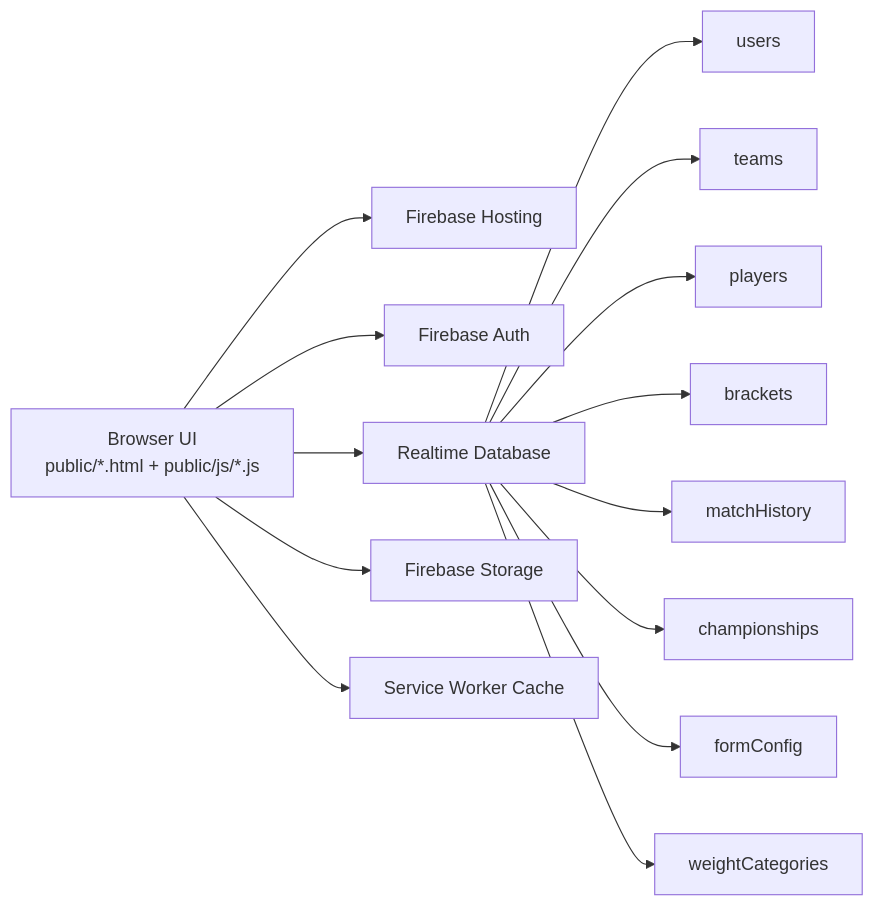
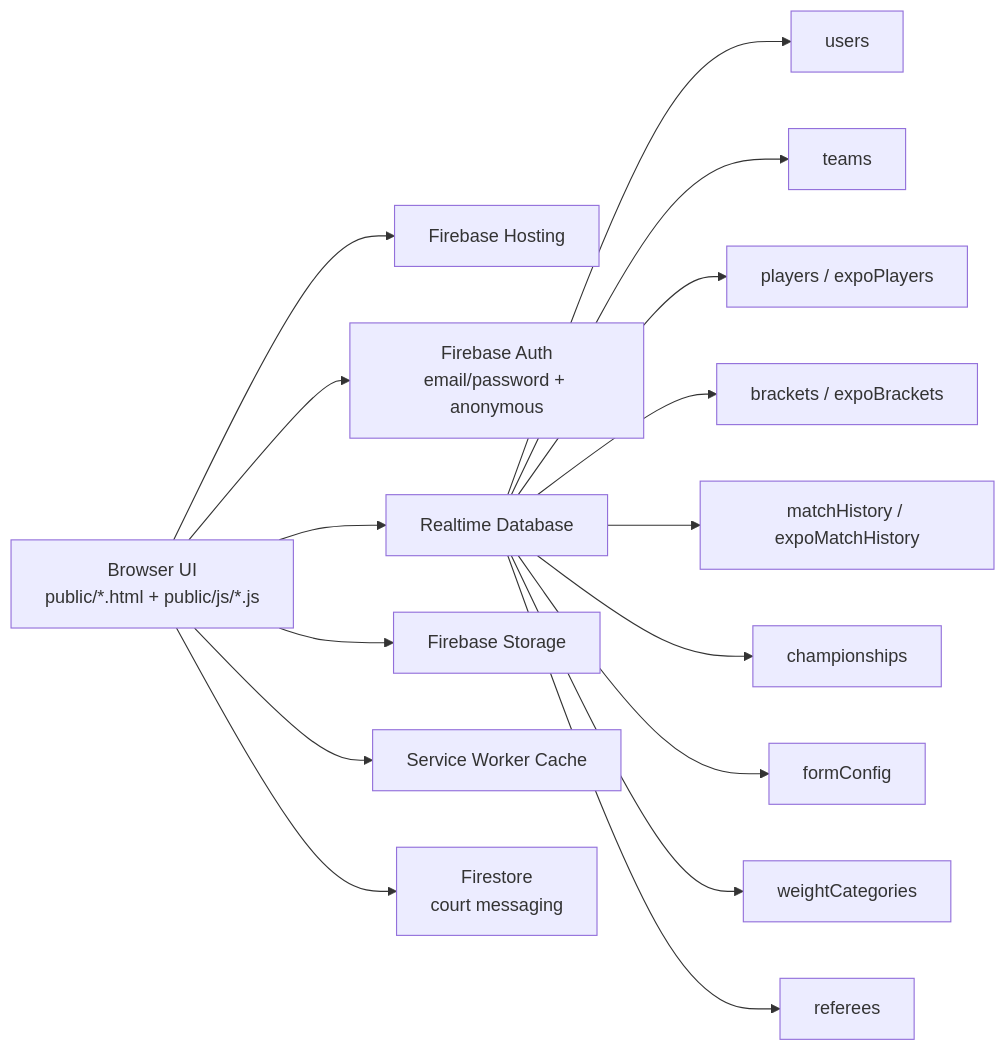
Before and after one commit to ChiranandanTM/TKD-Championship-Manager: the diagram in README.md, drawn with Mermaid. The commit also changed other lines of this file and 22 other files, not shown here.

````diff
--- a/README.md
+++ b/README.md
@@ -83,17 +89,19 @@
 ```mermaid
 flowchart LR
   A[Browser UI<br/>public/*.html + public/js/*.js] --> B[Firebase Hosting]
-  A --> C[Firebase Auth]
+  A --> C[Firebase Auth<br/>email/password + anonymous]
   A --> D[Realtime Database]
   A --> E[Firebase Storage]
   A --> F[Service Worker Cache]
+  A --> G[Firestore<br/>court messaging]
 
   D --> D1[users]
   D --> D2[teams]
-  D --> D3[players]
-  D --> D4[brackets]
-  D --> D5[matchHistory]
+  D --> D3[players / expoPlayers]
+  D --> D4[brackets / expoBrackets]
+  D --> D5[matchHistory / expoMatchHistory]
   D --> D6[championships]
   D --> D7[formConfig]
   D --> D8[weightCategories]
+  D --> D9[referees]
 ```
````
